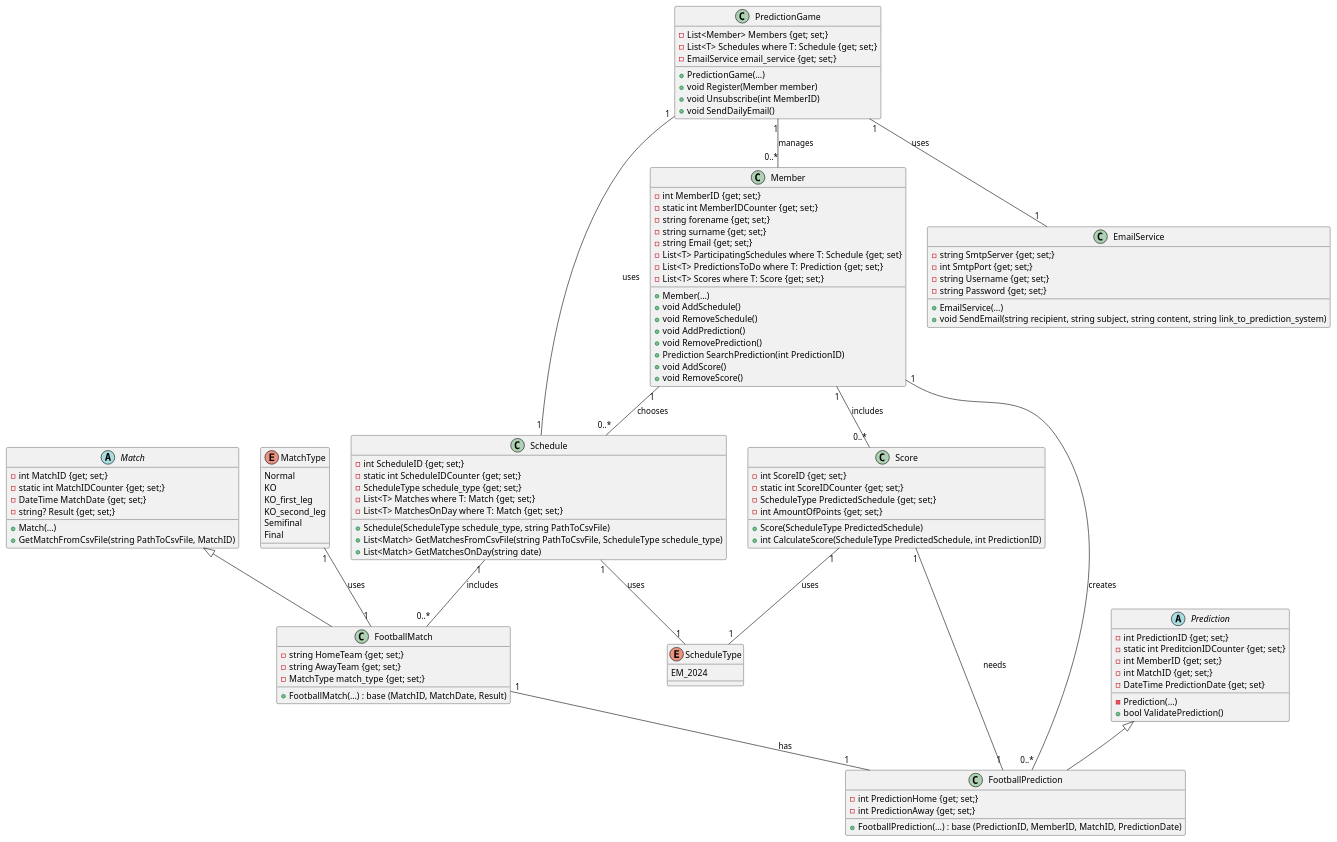
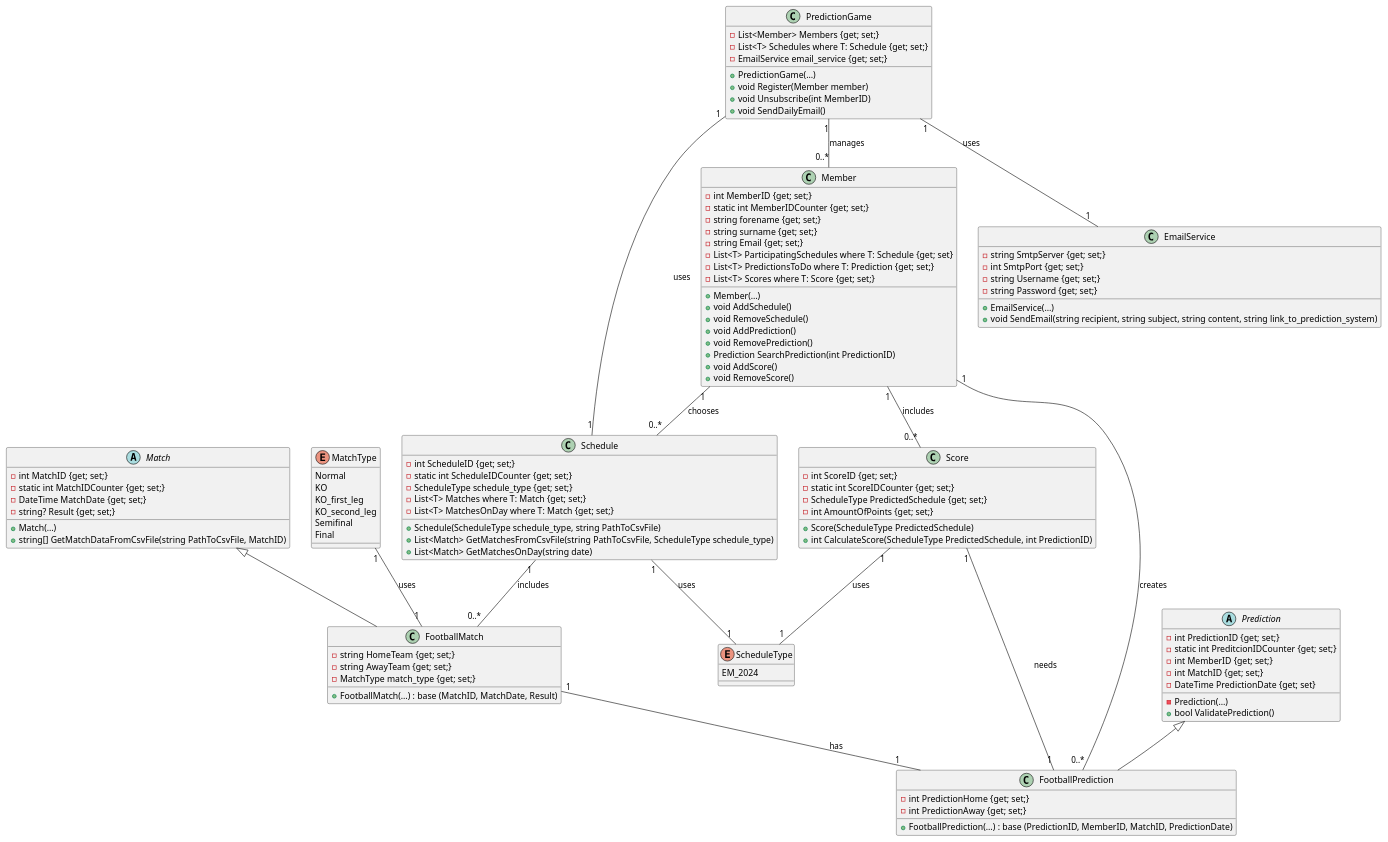
Before and after one commit to smn-hrtzsch/SPS: the diagram in SportPredictionSystem.plantuml, drawn with PlantUML.

Commit message:
modified Match class

```diff
--- a/SportPredictionSystem.plantuml
+++ b/SportPredictionSystem.plantuml
@@ -1,117 +1,117 @@
 @startuml PredictionGame
 abstract class Match {
     - int MatchID {get; set;}
     - static int MatchIDCounter {get; set;}
     - DateTime MatchDate {get; set;}
     - string? Result {get; set;}
     + Match(…)
-    + GetMatchFromCsvFile(string PathToCsvFile, MatchID)
+    + string[] GetMatchDataFromCsvFile(string PathToCsvFile, MatchID)
 }
 
 enum MatchType{
     Normal
     KO
     KO_first_leg
     KO_second_leg
     Semifinal
     Final
 }
 
 class FootballMatch extends Match {
     - string HomeTeam {get; set;}
     - string AwayTeam {get; set;}
     - MatchType match_type {get; set;}
     + FootballMatch(…) : base (MatchID, MatchDate, Result)
 }
 
 class Member {
     - int MemberID {get; set;}
     - static int MemberIDCounter {get; set;}
     - string forename {get; set;}
     - string surname {get; set;}
     - string Email {get; set;}
     - List<T> ParticipatingSchedules where T: Schedule {get; set}
     - List<T> PredictionsToDo where T: Prediction {get; set;}
     - List<T> Scores where T: Score {get; set;}
     + Member(…)
     + void AddSchedule()
     + void RemoveSchedule()
     + void AddPrediction()
     + void RemovePrediction()
     + Prediction SearchPrediction(int PredictionID)
     + void AddScore()
     + void RemoveScore()
 }
 
 abstract class Prediction {
     - int PredictionID {get; set;}
     - static int PreditcionIDCounter {get; set;}
     - int MemberID {get; set;}
     - int MatchID {get; set;}
     - DateTime PredictionDate {get; set}
     - Prediction(…)
     + bool ValidatePrediction()
 }
 
 class FootballPrediction extends Prediction {
     - int PredictionHome {get; set;}
     - int PredictionAway {get; set;}
     + FootballPrediction(…) : base (PredictionID, MemberID, MatchID, PredictionDate)
 }
 
 enum ScheduleType {
     EM_2024
 }
 
 class Schedule {
     - int ScheduleID {get; set;}
     - static int ScheduleIDCounter {get; set;}
     - ScheduleType schedule_type {get; set;}
     - List<T> Matches where T: Match {get; set;}
     - List<T> MatchesOnDay where T: Match {get; set;}
     + Schedule(ScheduleType schedule_type, string PathToCsvFile)
     + List<Match> GetMatchesFromCsvFile(string PathToCsvFile, ScheduleType schedule_type)
     + List<Match> GetMatchesOnDay(string date)
 }
 
 class Score {
     - int ScoreID {get; set;}
     - static int ScoreIDCounter {get; set;}
     - ScheduleType PredictedSchedule {get; set;}
     - int AmountOfPoints {get; set;}
     + Score(ScheduleType PredictedSchedule)
     + int CalculateScore(ScheduleType PredictedSchedule, int PredictionID)
 }
 
 class EmailService {
     - string SmtpServer {get; set;}
     - int SmtpPort {get; set;}
     - string Username {get; set;}
     - string Password {get; set;}
     + EmailService(…)
     + void SendEmail(string recipient, string subject, string content, string link_to_prediction_system)
 }
 
 class PredictionGame {
     - List<Member> Members {get; set;}
     - List<T> Schedules where T: Schedule {get; set;}
     - EmailService email_service {get; set;}
     + PredictionGame(…)
     + void Register(Member member)
     + void Unsubscribe(int MemberID)
     + void SendDailyEmail()
 }
 
 Member "1" -- "0..*" FootballPrediction : creates
 Member "1" -- "0..*" Score : includes
 Member "1" -- "0..*" Schedule : chooses
 FootballMatch "1" -- "1" FootballPrediction : has
 Schedule "1" -- "0..*" FootballMatch : includes
 PredictionGame "1" -- "0..*" Member : manages
 PredictionGame "1" -- "1" Schedule : uses
 PredictionGame "1" -- "1" EmailService : uses
 MatchType "1" -- "1" FootballMatch : uses
 Schedule "1" -- "1" ScheduleType : uses
 Score "1" -- "1" ScheduleType : uses
 Score "1" -- "1" FootballPrediction : needs
 @enduml
```
